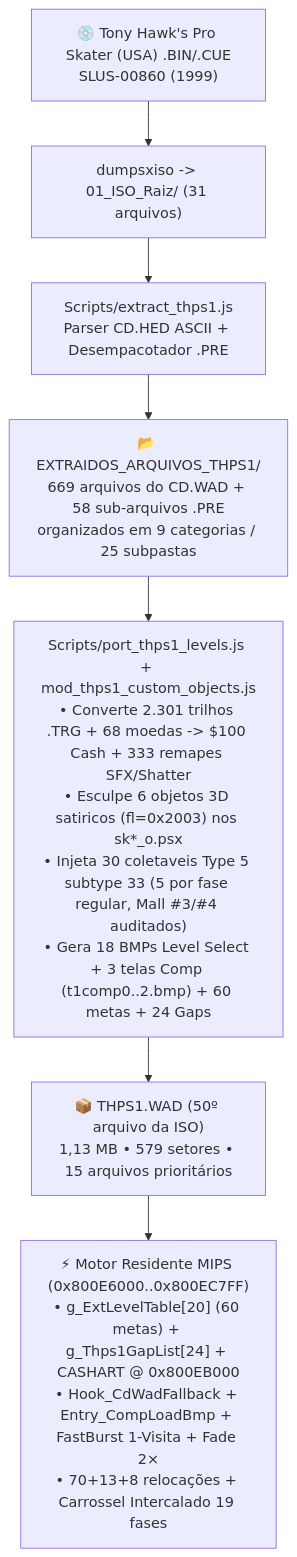
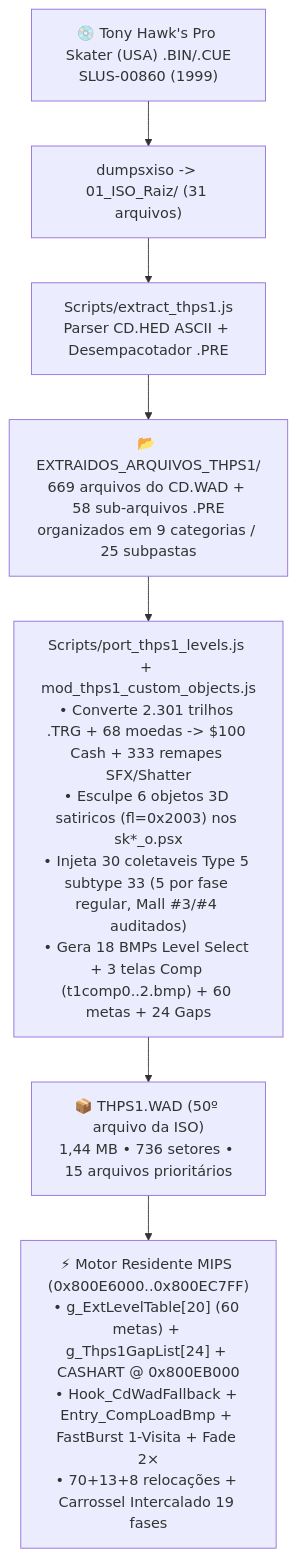
Before and after one commit to WagnerxOliveira/Tony_Hawk-s_Pro_Skater_2_Mod_PSX: the diagram in Docs/MAPA_14_THPS1_ARQUIVOS_E_ENGENHARIA_REVERSA.md, drawn with Mermaid. The commit also changed other lines of this file and 9 other files, not shown here.

````diff
--- a/Docs/MAPA_14_THPS1_ARQUIVOS_E_ENGENHARIA_REVERSA.md
+++ b/Docs/MAPA_14_THPS1_ARQUIVOS_E_ENGENHARIA_REVERSA.md
@@ -24,9 +24,9 @@
 ```mermaid
 flowchart TB
     ISO["💿 Tony Hawk's Pro Skater (USA) .BIN/.CUE<br/>SLUS-00860 (1999)"] --> DUMP["dumpsxiso -> 01_ISO_Raiz/ (31 arquivos)"]
     DUMP --> EXT["Scripts/extract_thps1.js<br/>Parser CD.HED ASCII + Desempacotador .PRE"]
     EXT --> TREE["📂 EXTRAIDOS_ARQUIVOS_THPS1/<br/>669 arquivos do CD.WAD + 58 sub-arquivos .PRE<br/>organizados em 9 categorias / 25 subpastas"]
     TREE --> PORT["Scripts/port_thps1_levels.js + mod_thps1_custom_objects.js<br/>• Converte 2.301 trilhos .TRG + 68 moedas -> $100 Cash + 333 remapes SFX/Shatter<br/>• Esculpe 6 objetos 3D satiricos (fl=0x2003) nos sk*_o.psx<br/>• Injeta 30 coletaveis Type 5 subtype 33 (5 por fase regular, Mall #3/#4 auditados)<br/>• Gera 18 BMPs Level Select + 3 telas Comp (t1comp0..2.bmp) + 60 metas + 24 Gaps"]
-    PORT --> WAD["📦 THPS1.WAD (50º arquivo da ISO)<br/>1,13 MB • 579 setores • 15 arquivos prioritários"]
+    PORT --> WAD["📦 THPS1.WAD (50º arquivo da ISO)<br/>1,44 MB • 736 setores • 15 arquivos prioritários"]
     WAD --> ENG["⚡ Motor Residente MIPS (0x800E6000..0x800EC7FF)<br/>• g_ExtLevelTable[20] (60 metas) + g_Thps1GapList[24] + CASHART @ 0x800EB000<br/>• Hook_CdWadFallback + Entry_CompLoadBmp + FastBurst 1-Visita + Fade 2×<br/>• 70+13+8 relocações + Carrossel Intercalado 19 fases"]
 ```
````
